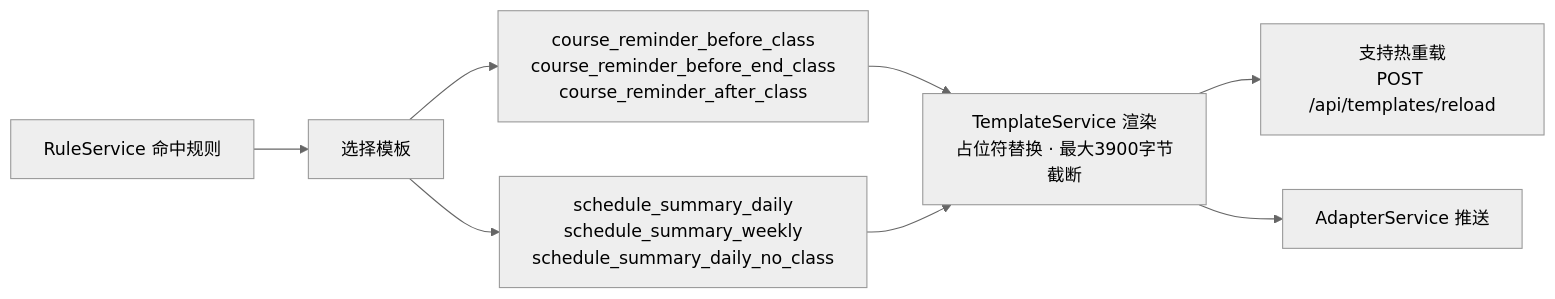
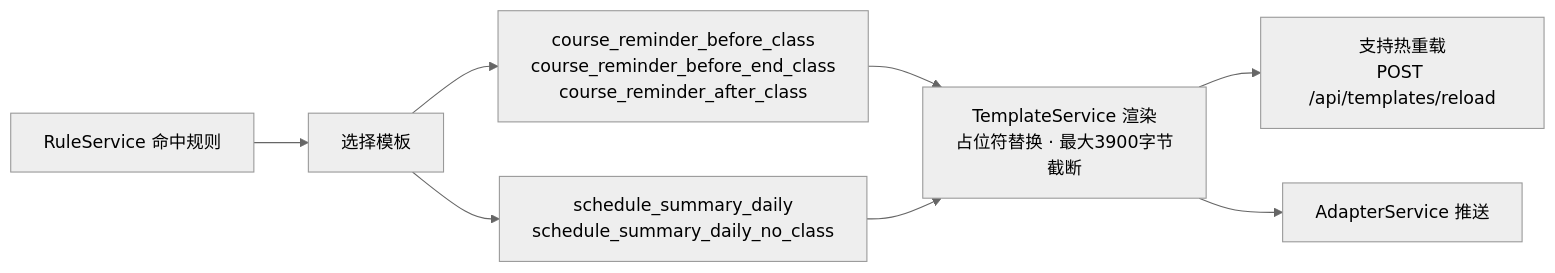
The sixth of 9 diagrams in Push_System_Flask/README.md (CherryPainter/campus-info-system), drawn with Mermaid (neutral theme) before and after one commit. The commit also changed other lines of this file and 15 other files, not shown here.

First line of the commit message:
fix: 移除文本版每周课表推送（weekly_schedule 规则 + schedule_summary_weekly 模板），升版本至 v6.15.2

````diff
--- a/Push_System_Flask/README.md
+++ b/Push_System_Flask/README.md
@@ -1222,10 +1221,10 @@
 ```mermaid
 flowchart LR
     R[RuleService 命中规则] --> SEL[选择模板]
     SEL --> T["course_reminder_before_class<br/>course_reminder_before_end_class<br/>course_reminder_after_class"]
-    SEL --> S["schedule_summary_daily<br/>schedule_summary_weekly<br/>schedule_summary_daily_no_class"]
+    SEL --> S["schedule_summary_daily<br/>schedule_summary_daily_no_class"]
     T --> REND["TemplateService 渲染<br/>占位符替换 · 最大3900字节截断"]
     S --> REND
     REND --> RELOAD["支持热重载<br/>POST /api/templates/reload"]
     REND --> ADP[AdapterService 推送]
 ```
````
